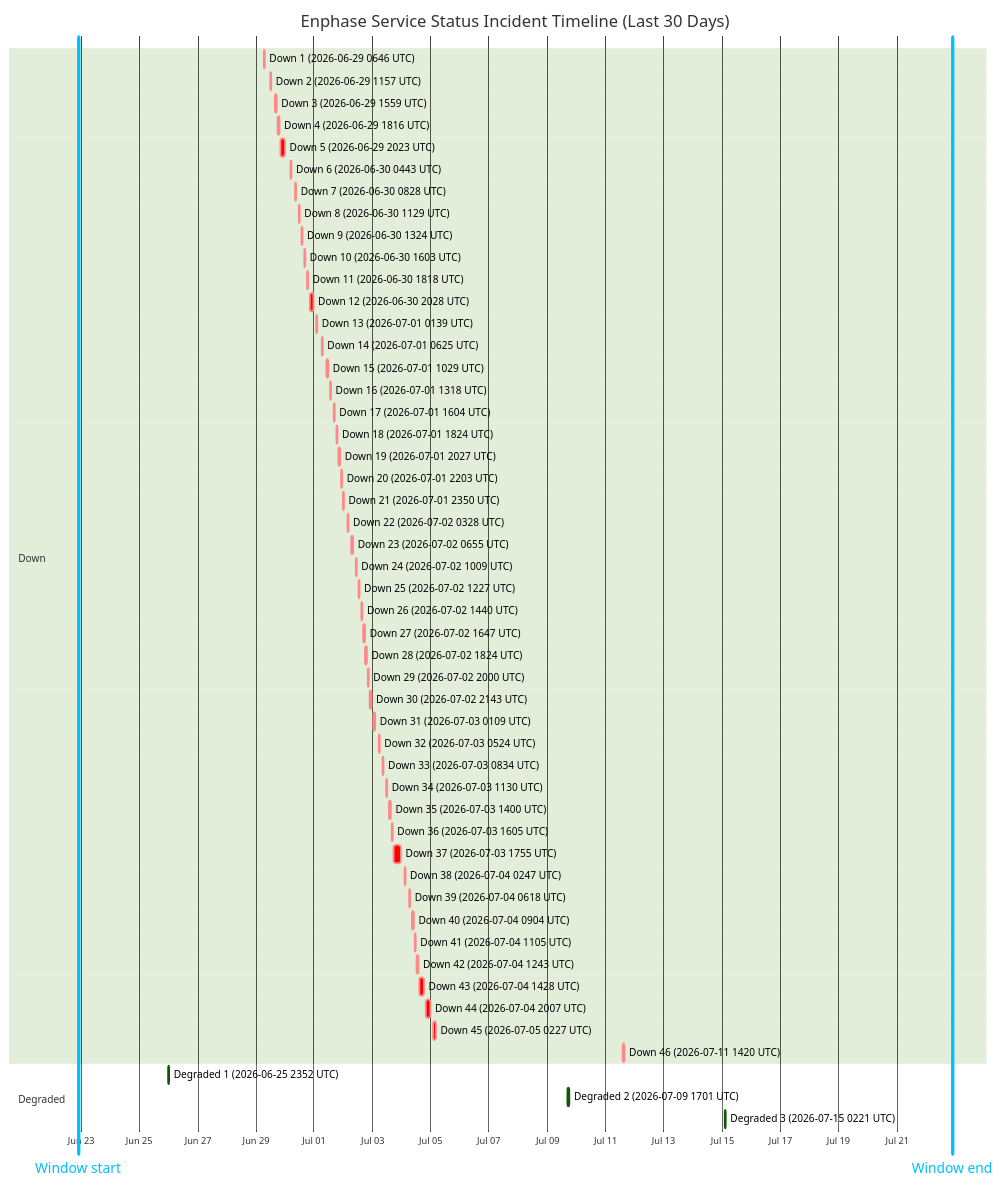
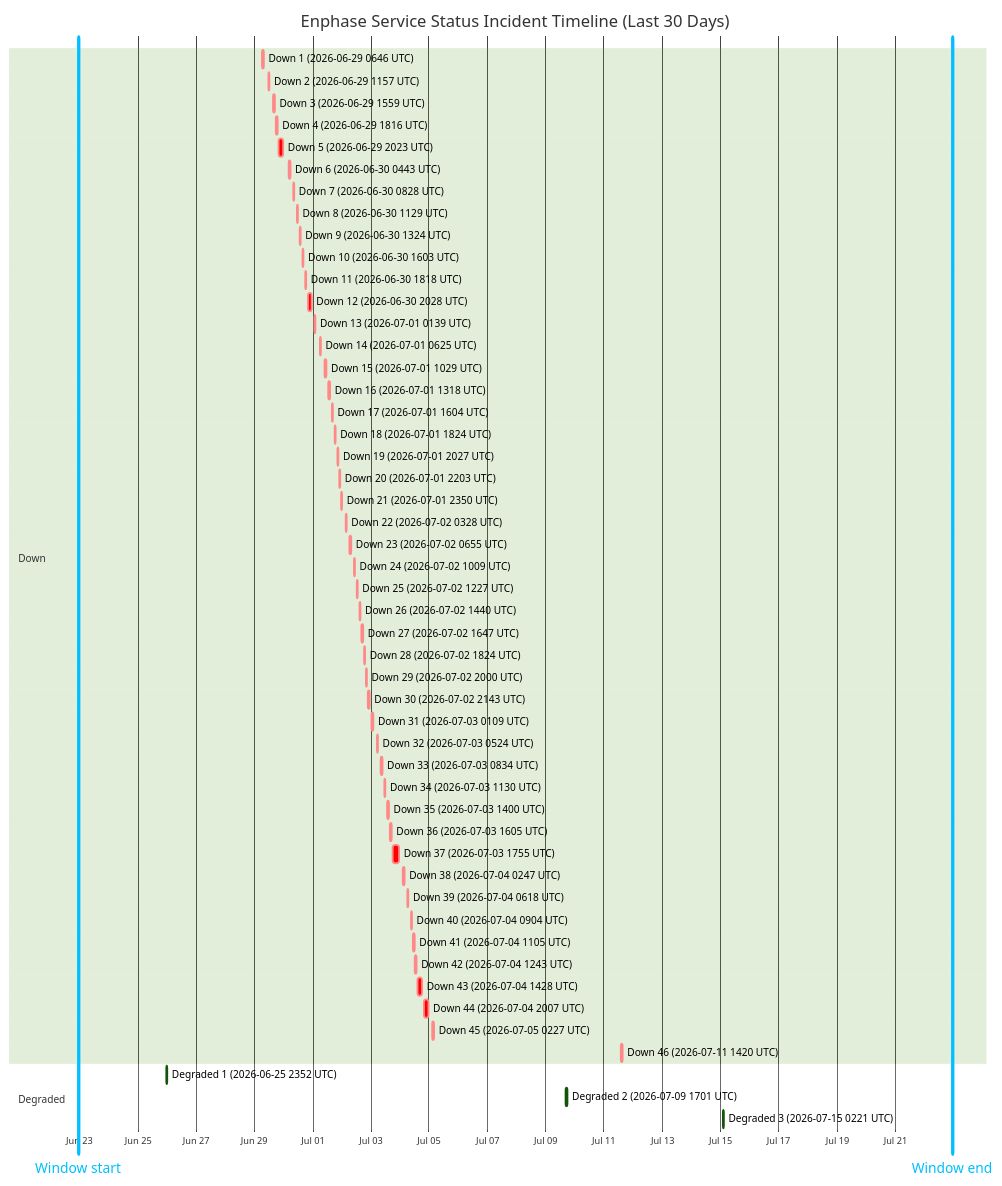
The diagram in wiki/Service-Status-History.md (barneyonline/ha-enphase-energy), drawn with Mermaid (forest theme) before and after one commit. The commit also changed other lines of this file and 3 other files, not shown here.

````diff
--- a/wiki/Service-Status-History.md
+++ b/wiki/Service-Status-History.md
@@ -14,59 +14,59 @@
 ```mermaid
 gantt
     title Enphase Service Status Incident Timeline (Last 30 Days)
     dateFormat  YYYY-MM-DDTHH:mm:ss
     axisFormat  %b %d
-    Window start :vert, window-start, 2026-06-22T21:36:22, 0ms
-    Window end :vert, window-end, 2026-07-22T21:36:22, 0ms
+    Window start :vert, window-start, 2026-06-22T23:01:12, 0ms
+    Window end :vert, window-end, 2026-07-22T23:01:12, 0ms
     section Down
     Down 1 (2026-06-29 0646 UTC) :crit, down-1, 2026-06-29T06:46:18, 60m
     Down 2 (2026-06-29 1157 UTC) :crit, down-2, 2026-06-29T11:57:36, 60m
     Down 3 (2026-06-29 1559 UTC) :crit, down-3, 2026-06-29T15:59:02, 60m
     Down 4 (2026-06-29 1816 UTC) :crit, down-4, 2026-06-29T18:16:38, 60m
     Down 5 (2026-06-29 2023 UTC) :crit, down-5, 2026-06-29T20:23:16, 220m
     Down 6 (2026-06-30 0443 UTC) :crit, down-6, 2026-06-30T04:43:54, 60m
     Down 7 (2026-06-30 0828 UTC) :crit, down-7, 2026-06-30T08:28:43, 60m
     Down 8 (2026-06-30 1129 UTC) :crit, down-8, 2026-06-30T11:29:15, 60m
     Down 9 (2026-06-30 1324 UTC) :crit, down-9, 2026-06-30T13:24:25, 60m
     Down 10 (2026-06-30 1603 UTC) :crit, down-10, 2026-06-30T16:03:26, 60m
     Down 11 (2026-06-30 1818 UTC) :crit, down-11, 2026-06-30T18:18:39, 60m
     Down 12 (2026-06-30 2028 UTC) :crit, down-12, 2026-06-30T20:28:54, 171m
     Down 13 (2026-07-01 0139 UTC) :crit, down-13, 2026-07-01T01:39:18, 60m
     Down 14 (2026-07-01 0625 UTC) :crit, down-14, 2026-07-01T06:25:35, 60m
     Down 15 (2026-07-01 1029 UTC) :crit, down-15, 2026-07-01T10:29:24, 60m
     Down 16 (2026-07-01 1318 UTC) :crit, down-16, 2026-07-01T13:18:31, 60m
     Down 17 (2026-07-01 1604 UTC) :crit, down-17, 2026-07-01T16:04:29, 60m
     Down 18 (2026-07-01 1824 UTC) :crit, down-18, 2026-07-01T18:24:21, 60m
     Down 19 (2026-07-01 2027 UTC) :crit, down-19, 2026-07-01T20:27:17, 60m
     Down 20 (2026-07-01 2203 UTC) :crit, down-20, 2026-07-01T22:03:46, 60m
     Down 21 (2026-07-01 2350 UTC) :crit, down-21, 2026-07-01T23:50:52, 60m
     Down 22 (2026-07-02 0328 UTC) :crit, down-22, 2026-07-02T03:28:33, 60m
     Down 23 (2026-07-02 0655 UTC) :crit, down-23, 2026-07-02T06:55:07, 60m
     Down 24 (2026-07-02 1009 UTC) :crit, down-24, 2026-07-02T10:09:15, 60m
     Down 25 (2026-07-02 1227 UTC) :crit, down-25, 2026-07-02T12:27:49, 60m
     Down 26 (2026-07-02 1440 UTC) :crit, down-26, 2026-07-02T14:40:53, 60m
     Down 27 (2026-07-02 1647 UTC) :crit, down-27, 2026-07-02T16:47:47, 60m
     Down 28 (2026-07-02 1824 UTC) :crit, down-28, 2026-07-02T18:24:26, 60m
     Down 29 (2026-07-02 2000 UTC) :crit, down-29, 2026-07-02T20:00:57, 60m
     Down 30 (2026-07-02 2143 UTC) :crit, down-30, 2026-07-02T21:43:52, 80m
     Down 31 (2026-07-03 0109 UTC) :crit, down-31, 2026-07-03T01:09:19, 60m
     Down 32 (2026-07-03 0524 UTC) :crit, down-32, 2026-07-03T05:24:23, 60m
     Down 33 (2026-07-03 0834 UTC) :crit, down-33, 2026-07-03T08:34:05, 60m
     Down 34 (2026-07-03 1130 UTC) :crit, down-34, 2026-07-03T11:30:41, 60m
     Down 35 (2026-07-03 1400 UTC) :crit, down-35, 2026-07-03T14:00:48, 60m
     Down 36 (2026-07-03 1605 UTC) :crit, down-36, 2026-07-03T16:05:49, 60m
     Down 37 (2026-07-03 1755 UTC) :crit, down-37, 2026-07-03T17:55:54, 338m
     Down 38 (2026-07-04 0247 UTC) :crit, down-38, 2026-07-04T02:47:22, 60m
     Down 39 (2026-07-04 0618 UTC) :crit, down-39, 2026-07-04T06:18:09, 60m
     Down 40 (2026-07-04 0904 UTC) :crit, down-40, 2026-07-04T09:04:41, 60m
     Down 41 (2026-07-04 1105 UTC) :crit, down-41, 2026-07-04T11:05:21, 60m
     Down 42 (2026-07-04 1243 UTC) :crit, down-42, 2026-07-04T12:43:25, 60m
     Down 43 (2026-07-04 1428 UTC) :crit, down-43, 2026-07-04T14:28:07, 243m
     Down 44 (2026-07-04 2007 UTC) :crit, down-44, 2026-07-04T20:07:50, 206m
     Down 45 (2026-07-05 0227 UTC) :crit, down-45, 2026-07-05T02:27:32, 109m
     Down 46 (2026-07-11 1420 UTC) :crit, down-46, 2026-07-11T14:20:54, 69m
     section Degraded
     Degraded 1 (2026-06-25 2352 UTC) :active, degraded-1, 2026-06-25T23:52:01, 60m
     Degraded 2 (2026-07-09 1701 UTC) :active, degraded-2, 2026-07-09T17:01:02, 60m
     Degraded 3 (2026-07-15 0221 UTC) :active, degraded-3, 2026-07-15T02:21:35, 60m
 ```
````
